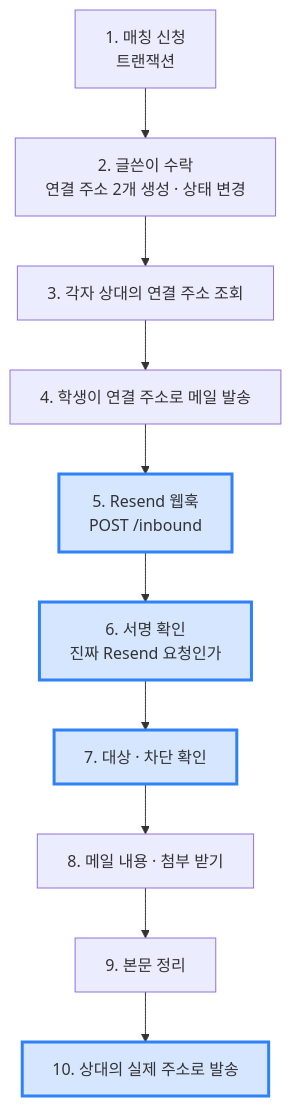
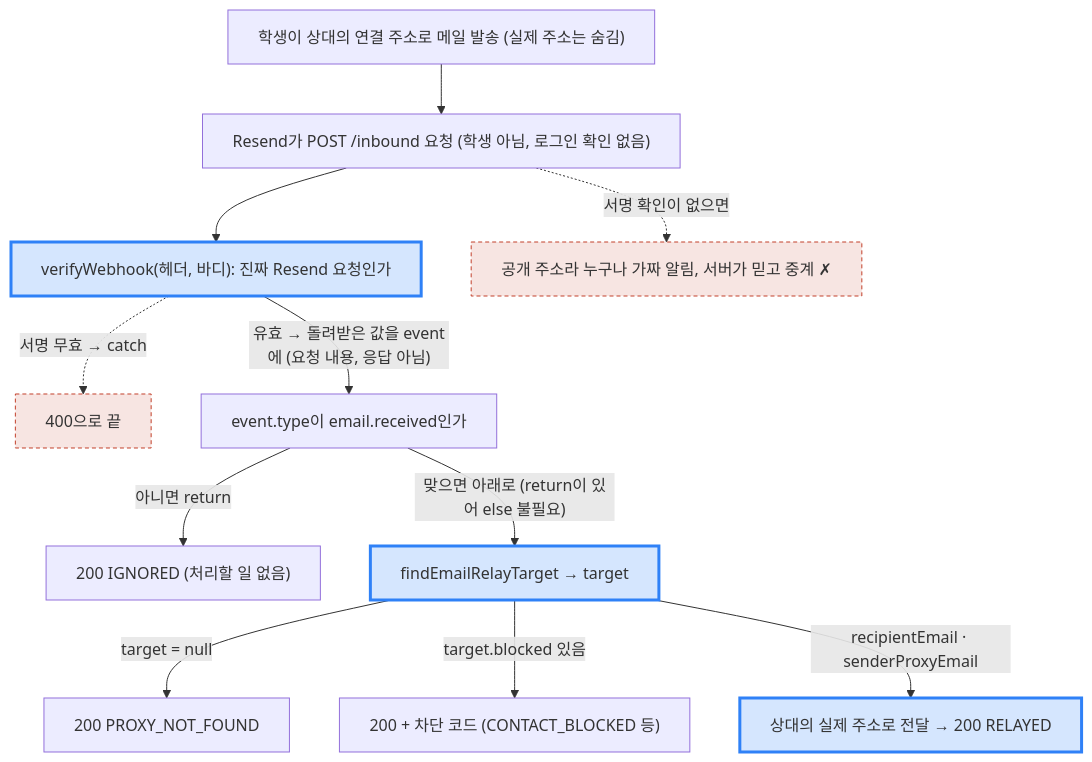
Before and after one commit to ChildrenAon/TIL: the first of 2 diagrams in 2026/November/11-07.md, drawn with Mermaid. The commit also changed other lines of this file, not shown here.

Commit message:
[ONE Student] 메일 중계 [JavaScript] 문법 9가지
고침: 맨 위 그림을 그날 내용이 담긴 그림 한 장으로 바꿈

````diff
--- a/2026/November/11-07.md
+++ b/2026/November/11-07.md
@@ -22,11 +23,18 @@
 ```mermaid
 %%{init: {"flowchart": {"wrappingWidth": 600}, "themeCSS": ".edgeLabel div { display: table-cell !important; width: auto !important; max-width: none !important; white-space: nowrap !important; } .edgeLabel p { padding: 5px 12px !important; margin: 0 !important; background: #55555599; } .edgeLabel, .edgeLabel span, .edgeLabel .labelBkg { background: transparent !important; }"}}%%
 flowchart TD
-  A["1. 매칭 신청<br/>트랜잭션"] --> B["2. 글쓴이 수락<br/>연결 주소 2개 생성 · 상태 변경"]
-  B --> C["3. 각자 상대의 연결 주소 조회"] --> D["4. 학생이 연결 주소로 메일 발송"]
-  D --> E["5. Resend 웹훅<br/>POST /inbound"] --> F["6. 서명 확인<br/>진짜 Resend 요청인가"]
-  F --> G["7. 대상 · 차단 확인"] --> H["8. 메일 내용 · 첨부 받기"]
-  H --> I["9. 본문 정리"] --> J["10. 상대의 실제 주소로 발송"]
+  S["학생이 상대의 연결 주소로 메일 발송 (실제 주소는 숨김)"] --> R["Resend가 POST /inbound 요청 (학생 아님, 로그인 확인 없음)"]
+  R --> V["verifyWebhook(헤더, 바디): 진짜 Resend 요청인가"]
+  R -.->|"서명 확인이 없으면"| Z["공개 주소라 누구나 가짜 알림, 서버가 믿고 중계 ✗"]
+  V -.->|"서명 무효 → catch"| X["400으로 끝"]
+  V -->|"유효 → 돌려받은 값을 event에 (요청 내용, 응답 아님)"| T["event.type이 email.received인가"]
+  T -->|"아니면 return"| IG["200 IGNORED (처리할 일 없음)"]
+  T -->|"맞으면 아래로 (return이 있어 else 불필요)"| F["findEmailRelayTarget → target"]
+  F -->|"target = null"| NF["200 PROXY_NOT_FOUND"]
+  F -->|"target.blocked 있음"| BL["200 + 차단 코드 (CONTACT_BLOCKED 등)"]
+  F -->|"recipientEmail · senderProxyEmail"| RL["상대의 실제 주소로 전달 → 200 RELAYED"]
   classDef seen fill:#2f81f733,stroke:#2f81f7,stroke-width:3px
-  class E,F,G,J seen
+  classDef bad fill:#c2402a22,stroke:#c2402a,stroke-dasharray:4 3
+  class V,F,RL seen
+  class Z,X bad
 ```
````
